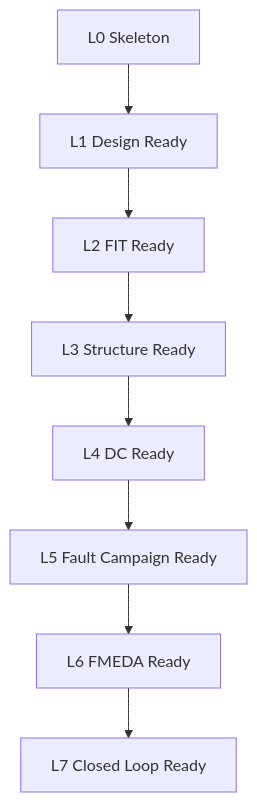
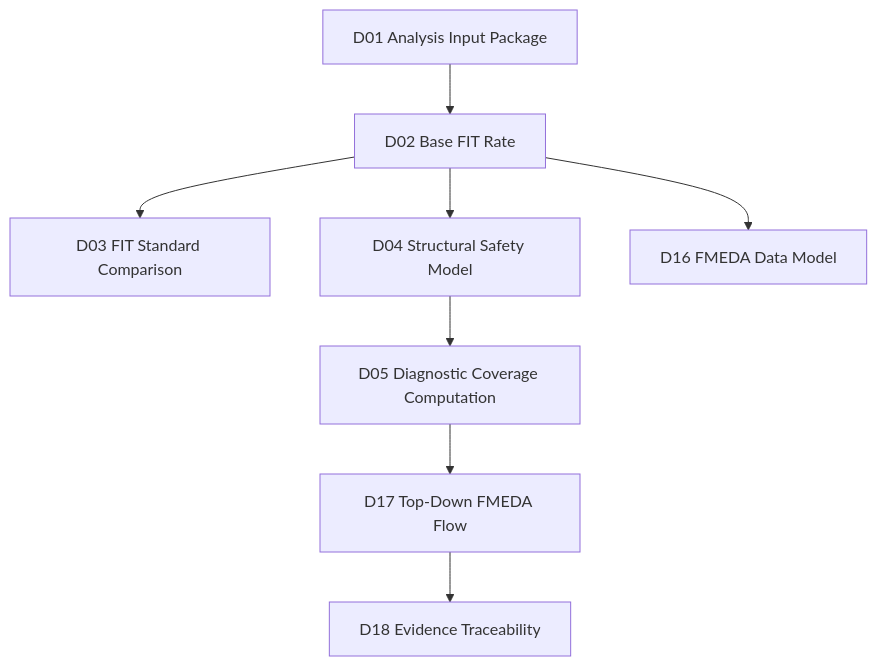
Before and after one commit to qiqixixi1001/automotive-safeic-practice: the sixth of 6 diagrams in articles/02_automotive_safeic_practice_d02_github_en_generic.md, drawn with Mermaid. The commit also changed other lines of this file, not shown here.

````diff
--- a/articles/02_automotive_safeic_practice_d02_github_en_generic.md
+++ b/articles/02_automotive_safeic_practice_d02_github_en_generic.md
@@ -1068,10 +964,10 @@
 ```mermaid
 flowchart TD
-    L0[L0 Skeleton] --> L1[L1 Design Ready]
-    L1 --> L2[L2 FIT Ready]
-    L2 --> L3[L3 Structure Ready]
-    L3 --> L4[L4 DC Ready]
-    L4 --> L5[L5 Fault Campaign Ready]
-    L5 --> L6[L6 FMEDA Ready]
-    L6 --> L7[L7 Closed Loop Ready]
+    A[D01 Analysis Input Package] --> B[D02 Base FIT Rate]
+    B --> C[D03 FIT Standard Comparison]
+    B --> D[D04 Structural Safety Model]
+    D --> E[D05 Diagnostic Coverage Computation]
+    B --> F[D16 FMEDA Data Model]
+    E --> G[D17 Top-Down FMEDA Flow]
+    G --> H[D18 Evidence Traceability]
 ```
````
